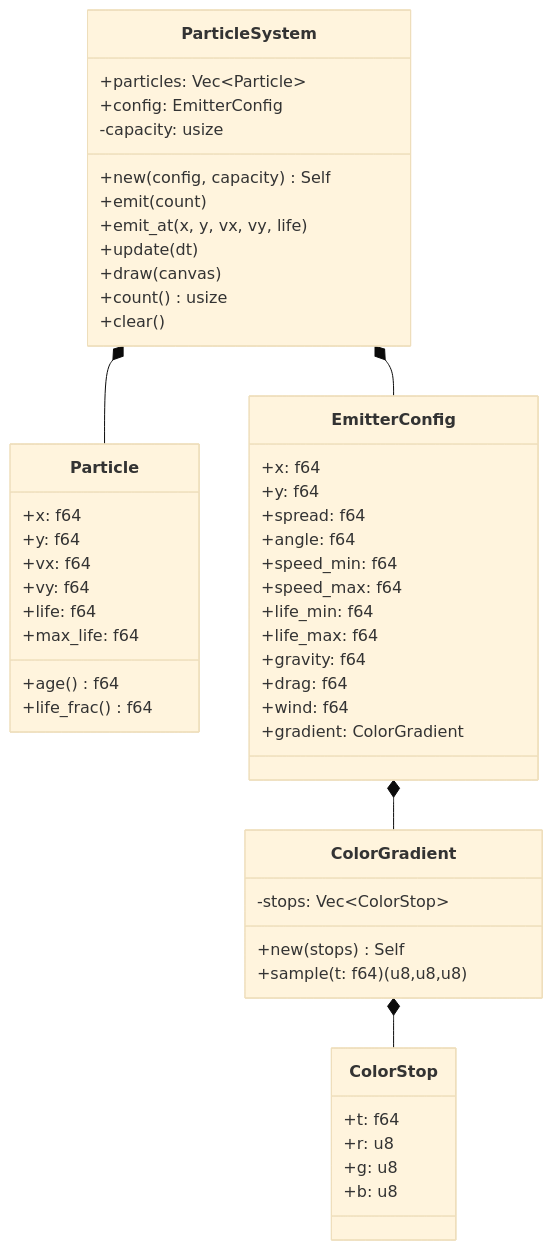
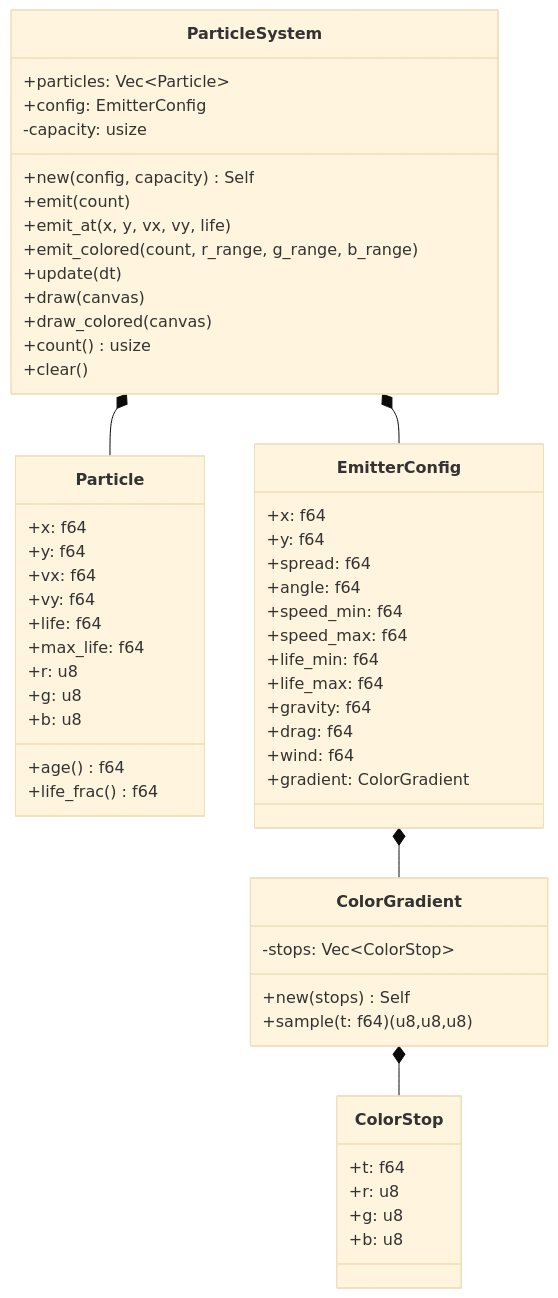
The tenth of 13 diagrams in docs/ARCHITECTURE.md (paulrobello/termflix), drawn with Mermaid (base theme) before and after one commit. The commit also changed other lines of this file and 6 other files, not shown here.

````diff
--- a/docs/ARCHITECTURE.md
+++ b/docs/ARCHITECTURE.md
@@ -539,59 +616,64 @@
 ```mermaid
 classDiagram
     class Particle {
         +x: f64
         +y: f64
         +vx: f64
         +vy: f64
         +life: f64
         +max_life: f64
+        +r: u8
+        +g: u8
+        +b: u8
         +age() f64
         +life_frac() f64
     }
 
     class ParticleSystem {
         +particles: Vec~Particle~
         +config: EmitterConfig
         -capacity: usize
         +new(config, capacity) Self
         +emit(count)
         +emit_at(x, y, vx, vy, life)
+        +emit_colored(count, r_range, g_range, b_range)
         +update(dt)
         +draw(canvas)
+        +draw_colored(canvas)
         +count() usize
         +clear()
     }
 
     class EmitterConfig {
         +x: f64
         +y: f64
         +spread: f64
         +angle: f64
         +speed_min: f64
         +speed_max: f64
         +life_min: f64
         +life_max: f64
         +gravity: f64
         +drag: f64
         +wind: f64
         +gradient: ColorGradient
     }
 
     class ColorGradient {
         -stops: Vec~ColorStop~
         +new(stops) Self
         +sample(t: f64) (u8,u8,u8)
     }
 
     class ColorStop {
         +t: f64
         +r: u8
         +g: u8
         +b: u8
     }
 
     ParticleSystem *-- Particle
     ParticleSystem *-- EmitterConfig
     EmitterConfig *-- ColorGradient
     ColorGradient *-- ColorStop
 ```
````
